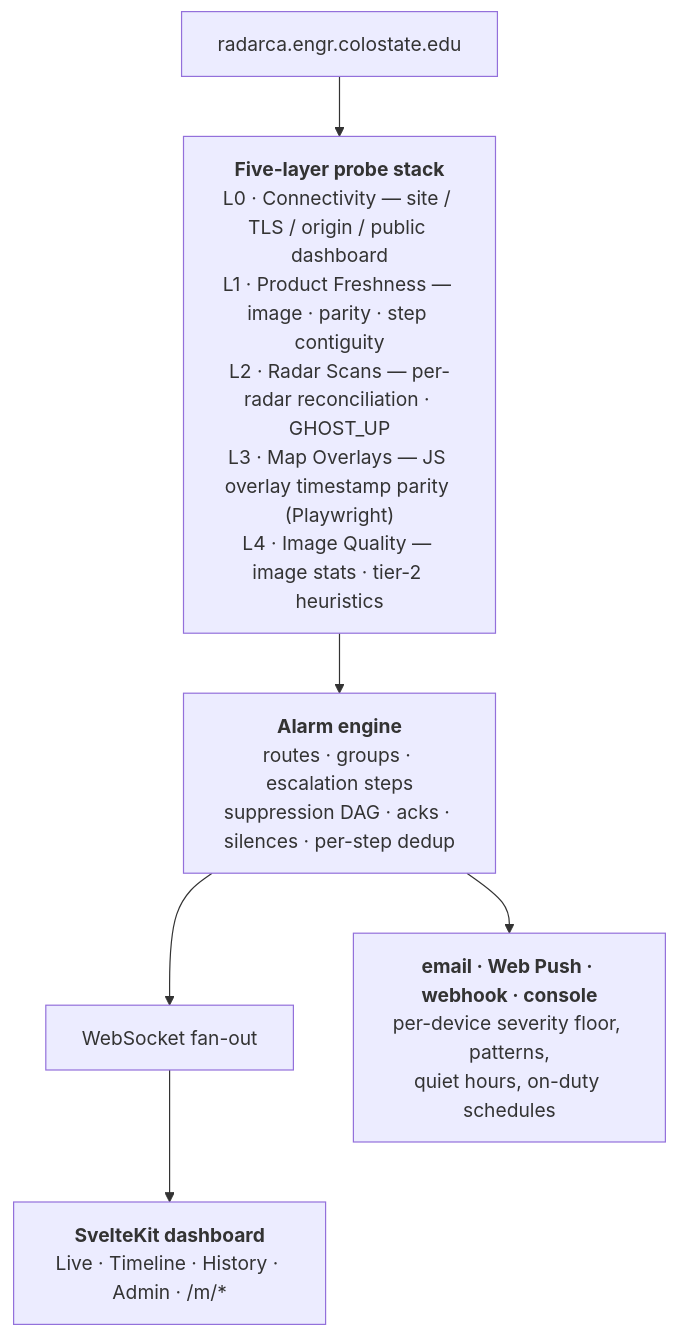
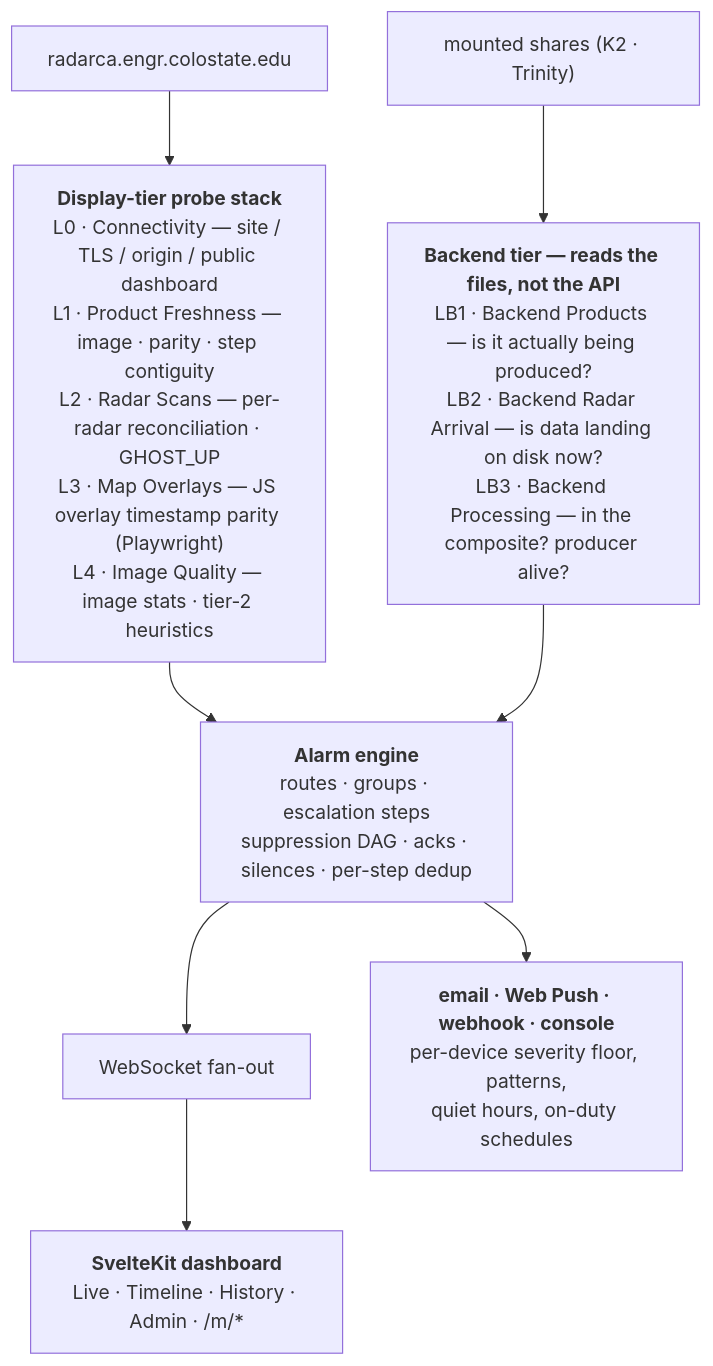
One commit to jkmesches/AQPI-Sentinel changed the diagram in README.md. Above: the diagram before and after it, drawn with Mermaid. The commit also changed other lines of this file and 2 other files, not shown here.

````diff
--- a/README.md
+++ b/README.md
@@ -28,12 +30,15 @@
 ```mermaid
 flowchart TB
     upstream["radarca.engr.colostate.edu"]
-    layers["<b>Five-layer probe stack</b><br/>L0 · Connectivity — site / TLS / origin / public dashboard<br/>L1 · Product Freshness — image · parity · step contiguity<br/>L2 · Radar Scans — per-radar reconciliation · GHOST_UP<br/>L3 · Map Overlays — JS overlay timestamp parity (Playwright)<br/>L4 · Image Quality — image stats · tier-2 heuristics"]
+    shares["mounted shares (K2 · Trinity)"]
+    layers["<b>Display-tier probe stack</b><br/>L0 · Connectivity — site / TLS / origin / public dashboard<br/>L1 · Product Freshness — image · parity · step contiguity<br/>L2 · Radar Scans — per-radar reconciliation · GHOST_UP<br/>L3 · Map Overlays — JS overlay timestamp parity (Playwright)<br/>L4 · Image Quality — image stats · tier-2 heuristics"]
+    backend["<b>Backend tier — reads the files, not the API</b><br/>LB1 · Backend Products — is it actually being produced?<br/>LB2 · Backend Radar Arrival — is data landing on disk now?<br/>LB3 · Backend Processing — in the composite? producer alive?"]
     engine["<b>Alarm engine</b><br/>routes · groups · escalation steps<br/>suppression DAG · acks · silences · per-step dedup"]
     ws["WebSocket fan-out"]
     dash["<b>SvelteKit dashboard</b><br/>Live · Timeline · History · Admin · /m/*"]
     sinks["<b>email · Web Push · webhook · console</b><br/>per-device severity floor, patterns,<br/>quiet hours, on-duty schedules"]
 
     upstream --> layers --> engine --> ws --> dash
+    shares --> backend --> engine
     engine --> sinks
 ```
````
